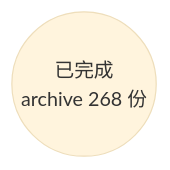
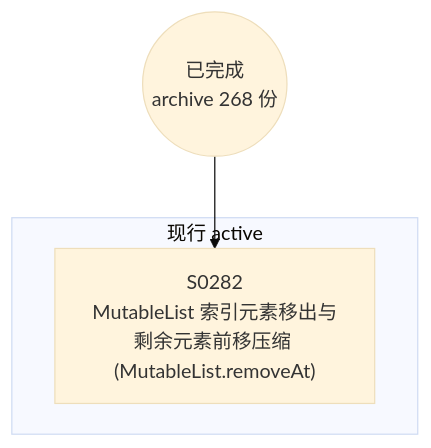
Before and after one commit to Halckon/Koven: the diagram in docs/specs/dependency-graph.md, drawn with Mermaid (base theme). The commit also changed other lines of this file and 6 other files, not shown here.

Commit message:
docs(spec-0282): define MutableList.removeAt contract and topology (SPEC-0282)

````diff
--- a/docs/specs/dependency-graph.md
+++ b/docs/specs/dependency-graph.md
@@ -9,4 +9,8 @@
 ```mermaid
 flowchart TD
 ARCH(("已完成<br/>archive 268 份"))
+subgraph Gactive["现行 active"]
+  S0282["S0282<br/>MutableList 索引元素移出与剩余元素前移压缩 (MutableList.removeAt)"]
+end
+ARCH --> S0282
 ```
````
